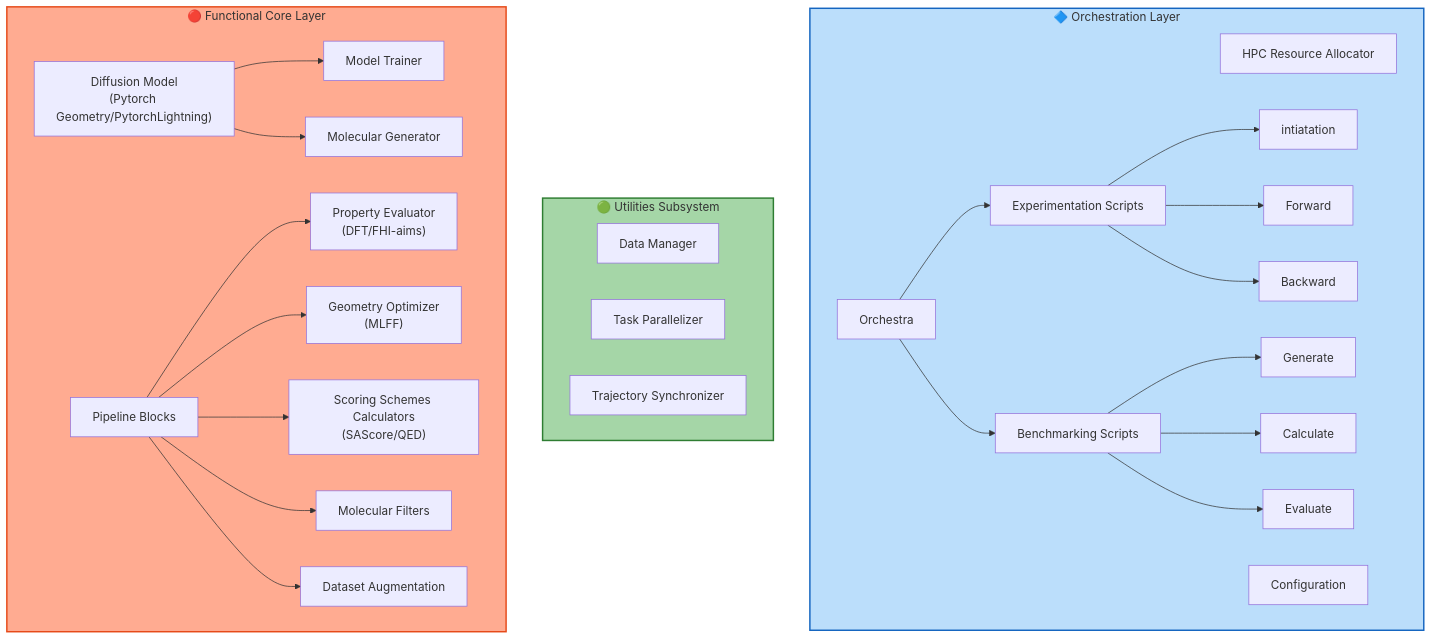
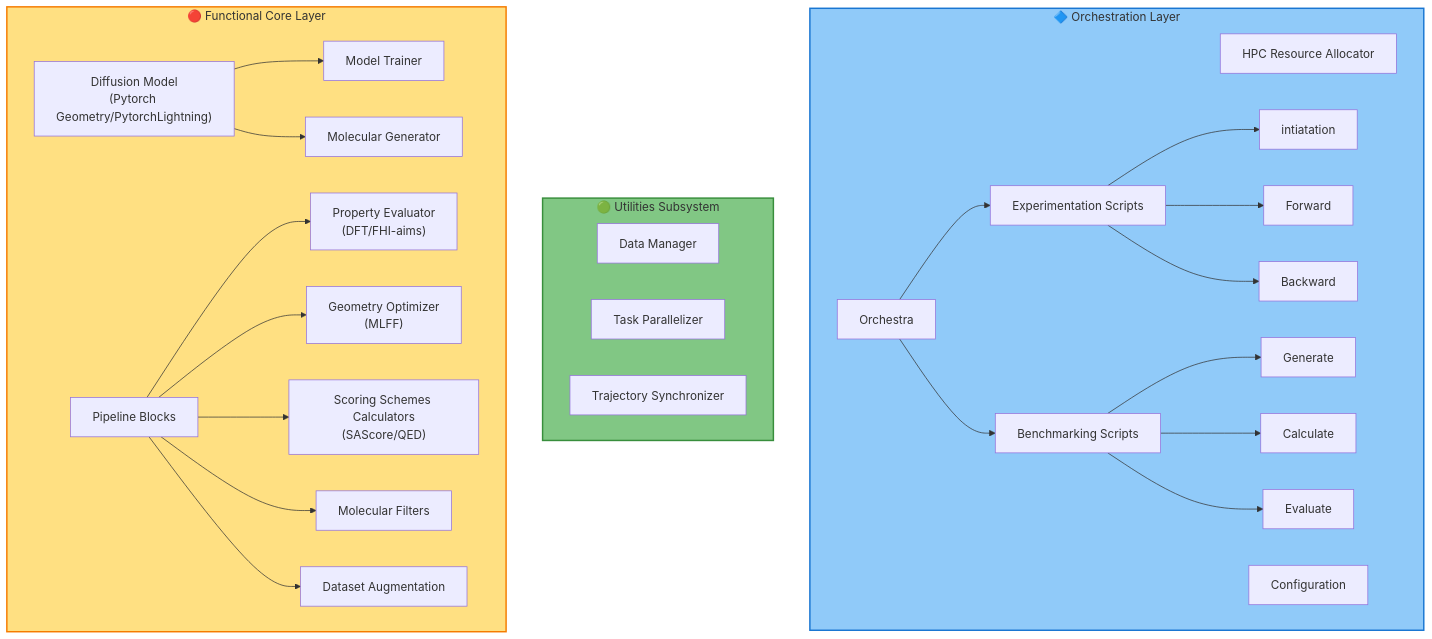
Before and after one commit to lmedranos/qalpa: the second of 2 diagrams in README.md, drawn with Mermaid.

Commit message:
Update styles in README for better color scheme

````diff
--- a/README.md
+++ b/README.md
@@ -97,56 +97,56 @@
 ```mermaid
 graph TB
     subgraph orchestration["🔷 Orchestration Layer"]
         hpc["HPC Resource Allocator"]
         config["Configuration"]
         orc["Orchestra"]
         Expsc["Experimentation Scripts"]
         initsc["intiatation"]
         forsc["Forward"]
         bacsc["Backward"]
         Evalsc["Benchmarking Scripts"]
         gensc["Generate"]
         calsc["Calculate"]
         evalsc["Evaluate"]
 
     end
 
     Expsc --> initsc
     Expsc --> forsc
     Expsc --> bacsc
     Evalsc --> gensc
     Evalsc --> calsc
     Evalsc --> evalsc
     orc --> Expsc
     orc --> Evalsc
    
 
     subgraph utilities["🟢 Utilities Subsystem"]
         data["Data Manager"]
         parallel["Task Parallelizer"]
         sync["Trajectory Synchronizer"]
     end
     
     subgraph functional["🔴 Functional Core Layer"]
         Diff["Diffusion Model<br/>(Pytorch Geometry/PytorchLightning)"]
         train["Model Trainer"]
         gen["Molecular Generator"]
         Pipeb["Pipeline Blocks"]
         eval["Property Evaluator<br/>(DFT/FHI-aims)"]
         opt["Geometry Optimizer<br/>(MLFF)"]
         sco["Scoring Schemes Calculators<br/>(SAScore/QED)"]
         sel["Molecular Filters"]
         Aug["Dataset Augmentation"]
     end
     Diff --> train
     Diff --> gen
     Pipeb --> eval
     Pipeb --> opt
     Pipeb --> sco
     Pipeb --> sel
     Pipeb --> Aug
     
-    style orchestration fill:#BBDEFB,stroke:#1565C0,stroke-width:2px
-    style utilities fill:#A5D6A7,stroke:#2E7D32,stroke-width:2px
-    style functional fill:#FFAB91,stroke:#E64A19,stroke-width:2px
+    style orchestration fill:#90CAF9,stroke:#1976D2,stroke-width:2px
+    style utilities fill:#81C784,stroke:#388E3C,stroke-width: 2px
+    style functional fill:#FFE082,stroke:#F57C00,stroke-width:2px
 ```
````
